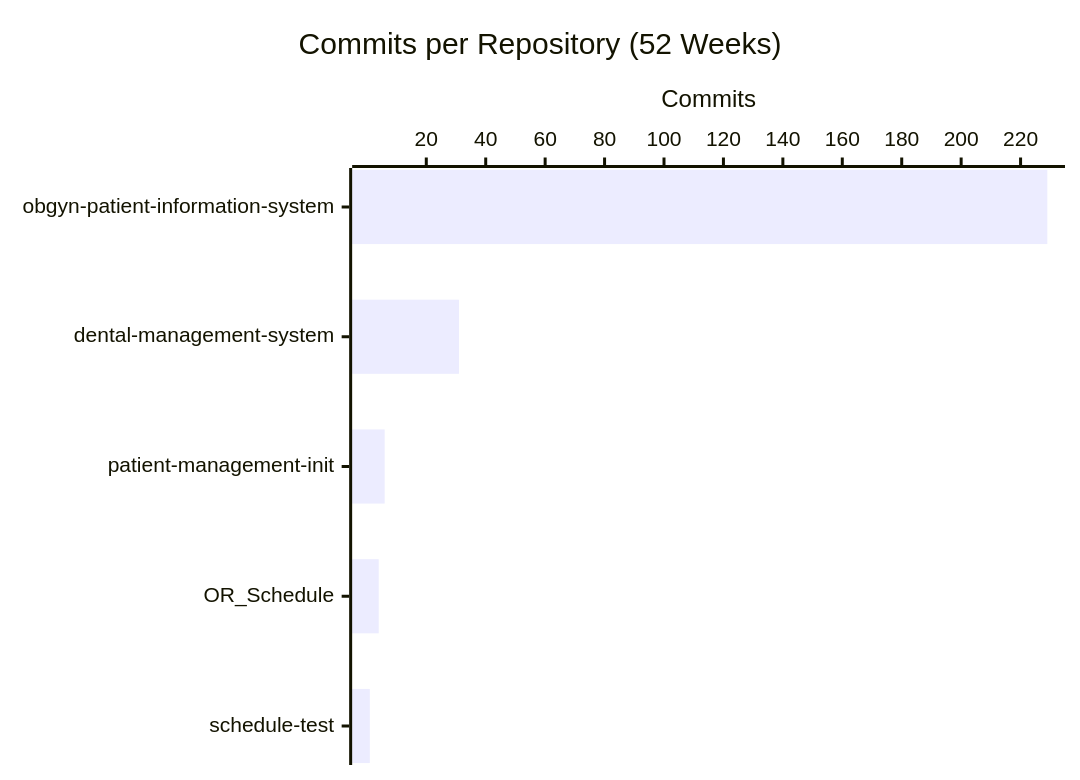
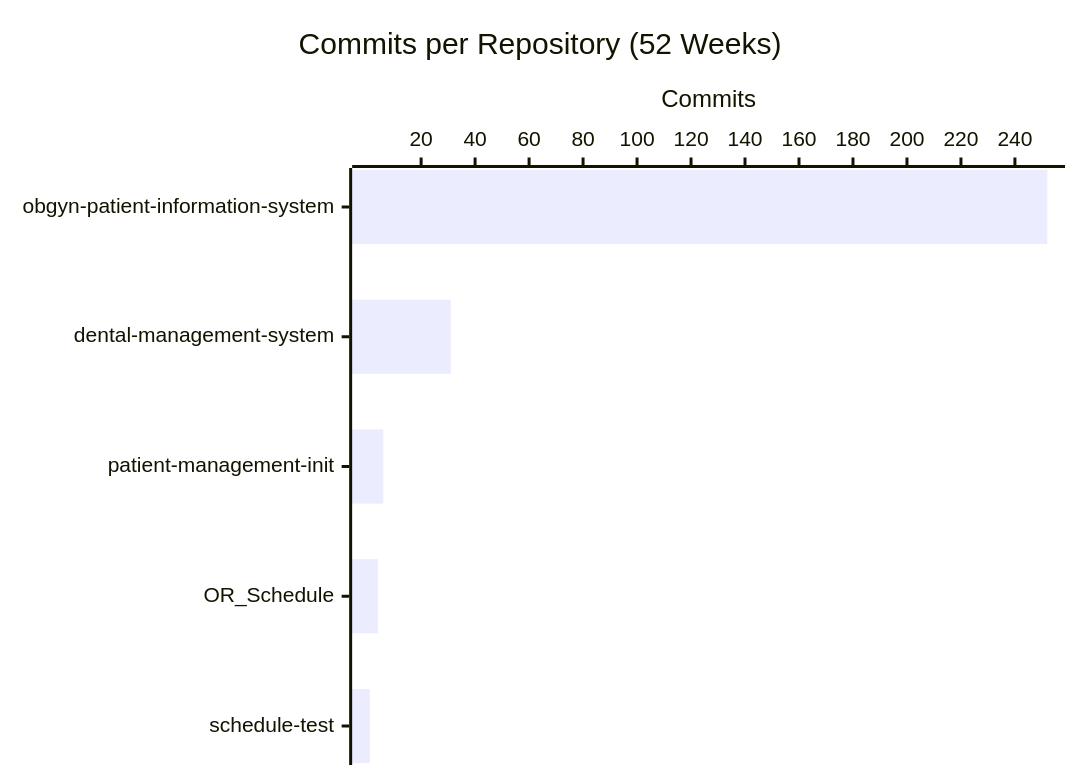
One commit to CSTH-Projects/.github changed the second of 4 diagrams in profile/README.md. Above: the diagram before and after it, drawn with Mermaid. The commit also changed other lines of this file, not shown here.

````diff
--- a/profile/README.md
+++ b/profile/README.md
@@ -23,7 +23,7 @@
 ```mermaid
 xychart-beta horizontal
     title "Commits per Repository (52 Weeks)"
     x-axis ["obgyn-patient-information-system", "dental-management-system", "patient-management-init", "OR_Schedule", "schedule-test"]
     y-axis "Commits"
-    bar [229, 31, 6, 4, 1]
+    bar [252, 31, 6, 4, 1]
 ```
````
